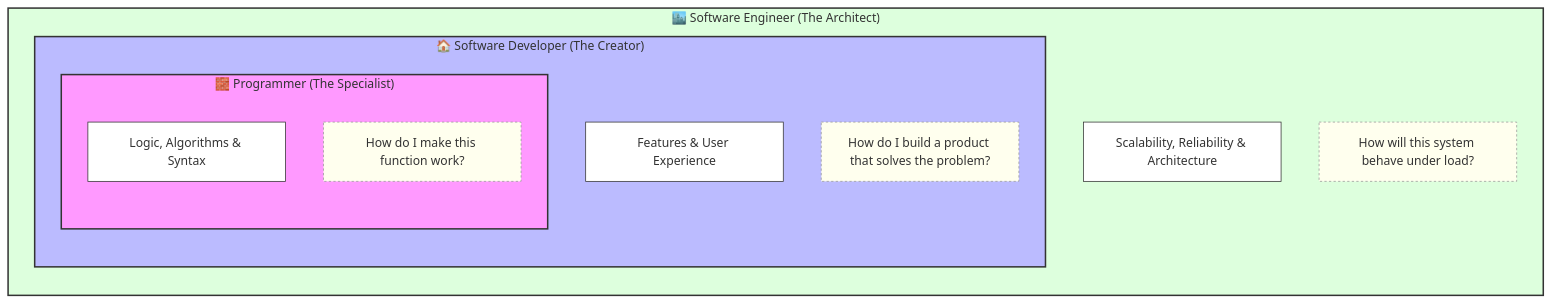
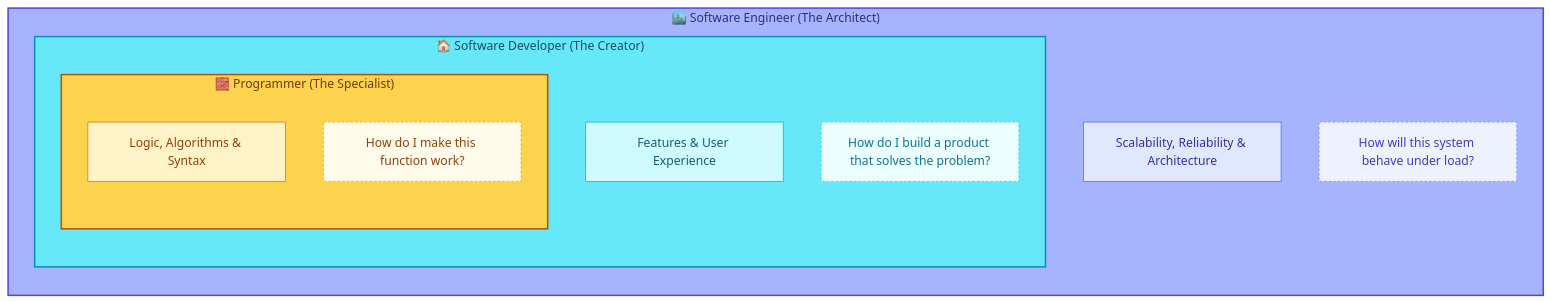
The diagram in 00-programmer-vs-developer-vs-software-enginner.md (abdulrhmansouda/software-engineer-fundamental), drawn with Mermaid before and after one commit.

Commit message:
style: Update diagram element colors and add text color properties.

````diff
--- a/00-programmer-vs-developer-vs-software-enginner.md
+++ b/00-programmer-vs-developer-vs-software-enginner.md
@@ -16,30 +16,30 @@
 ```mermaid
 graph TD
     subgraph SE ["🏙️ Software Engineer (The Architect)"]
         direction TB
         SE_Focus["Scalability, Reliability & Architecture"]
         SE_Mind["How will this system behave under load?"]
         
         subgraph SD ["🏠 Software Developer (The Creator)"]
             direction TB
             SD_Focus["Features & User Experience"]
             SD_Mind["How do I build a product that solves the problem?"]
             
             subgraph P ["🧱 Programmer (The Specialist)"]
                 direction TB
                 P_Focus["Logic, Algorithms & Syntax"]
                 P_Mind["How do I make this function work?"]
             end
         end
     end
 
-    style P fill:#f9f,stroke:#333,stroke-width:2px
-    style SD fill:#bbf,stroke:#333,stroke-width:2px
-    style SE fill:#dfd,stroke:#333,stroke-width:2px
-    style P_Focus fill:#fff,stroke:#333
-    style SD_Focus fill:#fff,stroke:#333
-    style SE_Focus fill:#fff,stroke:#333
-    style P_Mind fill:#ffe,stroke:#999,stroke-dasharray:3
-    style SD_Mind fill:#ffe,stroke:#999,stroke-dasharray:3
-    style SE_Mind fill:#ffe,stroke:#999,stroke-dasharray:3
+    style P fill:#fcd34d,stroke:#b45309,stroke-width:2px,color:#78350f
+    style SD fill:#67e8f9,stroke:#0891b2,stroke-width:2px,color:#164e63
+    style SE fill:#a5b4fc,stroke:#4f46e5,stroke-width:2px,color:#312e81
+    style P_Focus fill:#fef3c7,stroke:#d97706,color:#92400e
+    style SD_Focus fill:#cffafe,stroke:#06b6d4,color:#155e75
+    style SE_Focus fill:#e0e7ff,stroke:#6366f1,color:#3730a3
+    style P_Mind fill:#fffbeb,stroke:#f59e0b,stroke-dasharray:3,color:#92400e
+    style SD_Mind fill:#ecfeff,stroke:#22d3ee,stroke-dasharray:3,color:#0e7490
+    style SE_Mind fill:#eef2ff,stroke:#818cf8,stroke-dasharray:3,color:#4338ca
 ```
````
